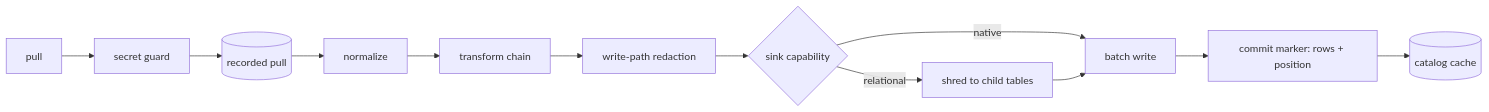
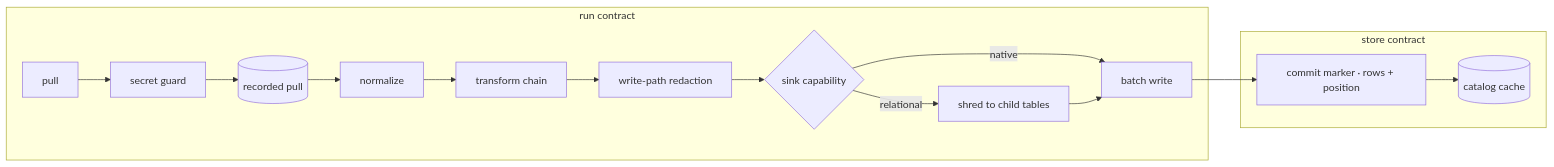
The second of 4 diagrams in spec/31-pipeline.md (fractalboxdev/contextful), drawn with Mermaid before and after one commit. The commit also changed other lines of this file and 33 other files, not shown here.

Commit message:
spec: diagrams draw contracts, parties and trust zones as containers; a node standing for one is refused

````diff
--- a/spec/31-pipeline.md
+++ b/spec/31-pipeline.md
@@ -160,13 +179,19 @@
 ```mermaid
 flowchart LR
-  P[pull] --> G[secret guard]
-  G --> J[(recorded pull)]
-  J --> N[normalize]
-  N --> T[transform chain]
-  T --> R[write-path redaction]
-  R --> S{sink capability}
-  S -->|native| W[batch write]
-  S -->|relational| X[shred to child tables] --> W
-  W --> C[commit marker: rows + position]
-  C --> K[(catalog cache)]
+  subgraph RUNC["run contract"]
+    P[pull] --> G[secret guard]
+    G --> J[(recorded pull)]
+    J --> N[normalize]
+    N --> T[transform chain]
+    T --> R[write-path redaction]
+    R --> S{sink capability}
+    S -->|native| W[batch write]
+    S -->|relational| X[shred to child tables] --> W
+  end
+  subgraph STORE["store contract"]
+    C["commit marker · rows + position"]
+    K[(catalog cache)]
+  end
+  W --> C
+  C --> K
 ```
````
